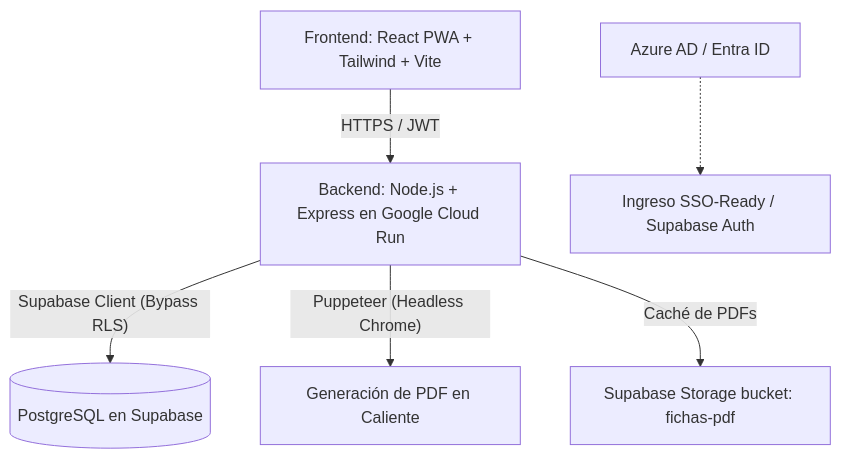
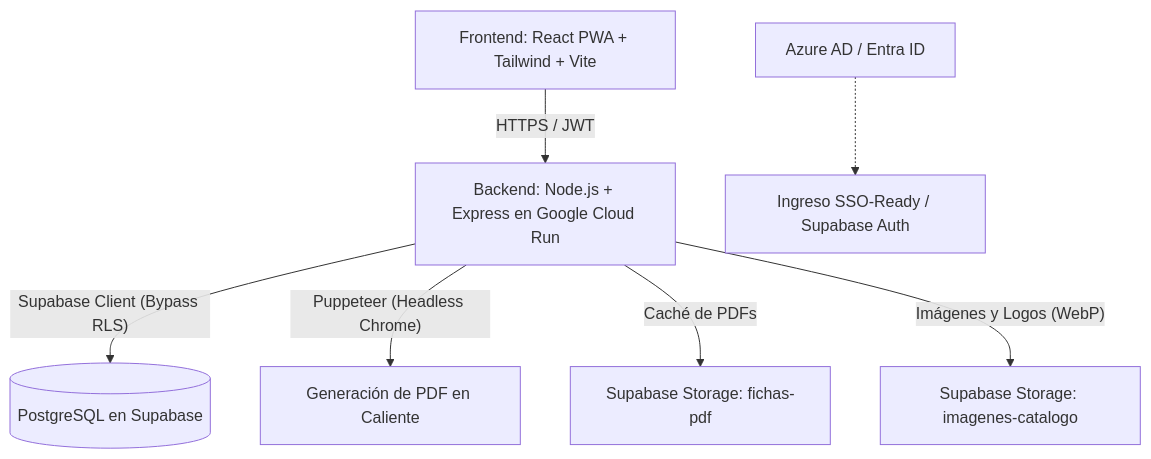
The diagram in README.md (jochurru/fichas-tecnicas-EasyCencosud), drawn with Mermaid before and after one commit. The commit also changed other lines of this file and 2 other files, not shown here.

Commit message:
docs: actualizado readme y runbook con las nuevas politicas de almacenamiento, gestor de logos y calidad de fichas

````diff
--- a/README.md
+++ b/README.md
@@ -11,8 +11,9 @@
 ```mermaid
 graph TD
     Client[Frontend: React PWA + Tailwind + Vite] -- "HTTPS / JWT" --> API[Backend: Node.js + Express en Google Cloud Run]
     API -- "Supabase Client (Bypass RLS)" --> DB[(PostgreSQL en Supabase)]
     API -- "Puppeteer (Headless Chrome)" --> PDF[Generación de PDF en Caliente]
-    API -- "Caché de PDFs" --> Bucket[Supabase Storage bucket: fichas-pdf]
+    API -- "Caché de PDFs" --> Bucket[Supabase Storage: fichas-pdf]
+    API -- "Imágenes y Logos (WebP)" --> CatalogBucket[Supabase Storage: imagenes-catalogo]
     SSO[Azure AD / Entra ID] -.-> Login[Ingreso SSO-Ready / Supabase Auth]
 ```
````
